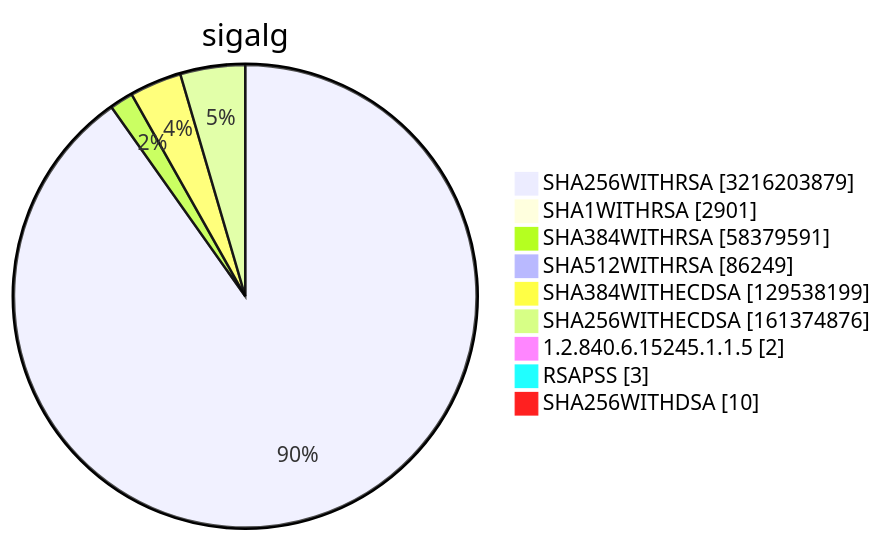
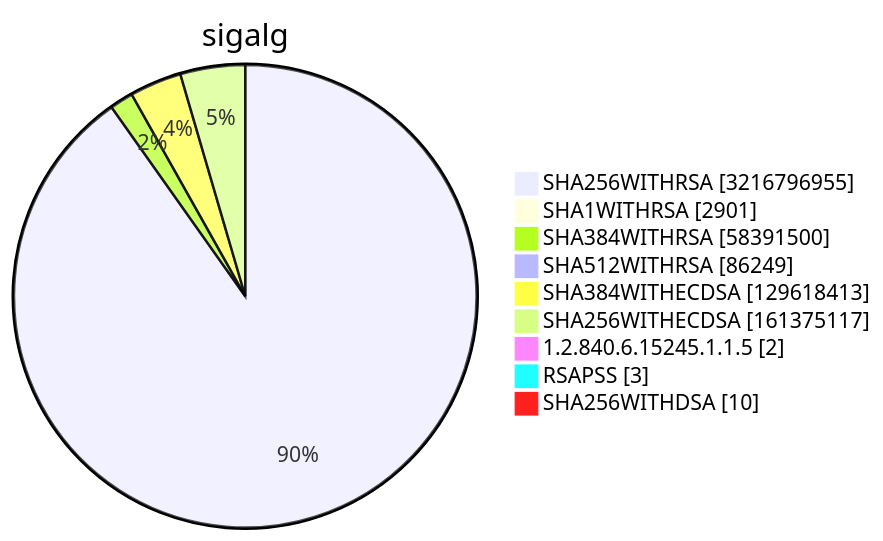
Before and after one commit to christiankrug/ctmonitor_visualization: diagram 15 of 15 in TOTAL/README.md, drawn with Mermaid. The commit also changed other lines of this file, not shown here.

````diff
--- a/TOTAL/README.md
+++ b/TOTAL/README.md
@@ -6217,13 +6217,13 @@
 ```mermaid
 pie showData
 title sigalg
-"SHA256WITHRSA" :3216203879
+"SHA256WITHRSA" :3216796955
 "SHA1WITHRSA" :2901
-"SHA384WITHRSA" :58379591
+"SHA384WITHRSA" :58391500
 "SHA512WITHRSA" :86249
-"SHA384WITHECDSA" :129538199
-"SHA256WITHECDSA" :161374876
+"SHA384WITHECDSA" :129618413
+"SHA256WITHECDSA" :161375117
 "1.2.840.6.15245.1.1.5" :2
 "RSAPSS" :3
 "SHA256WITHDSA" :10
 ```
````
